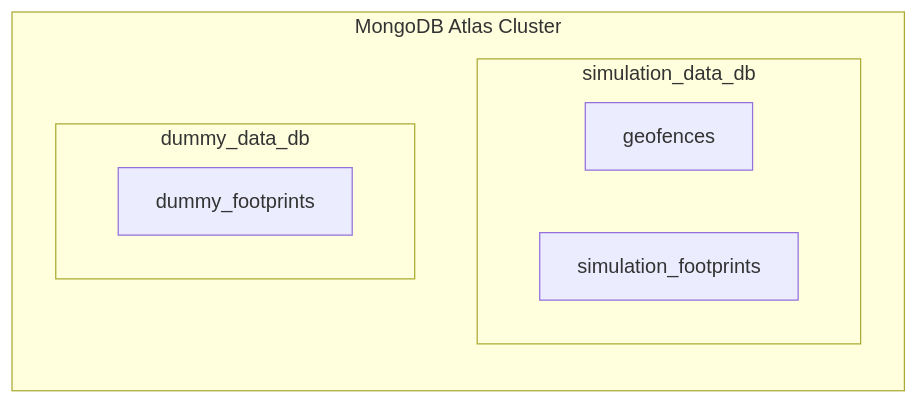
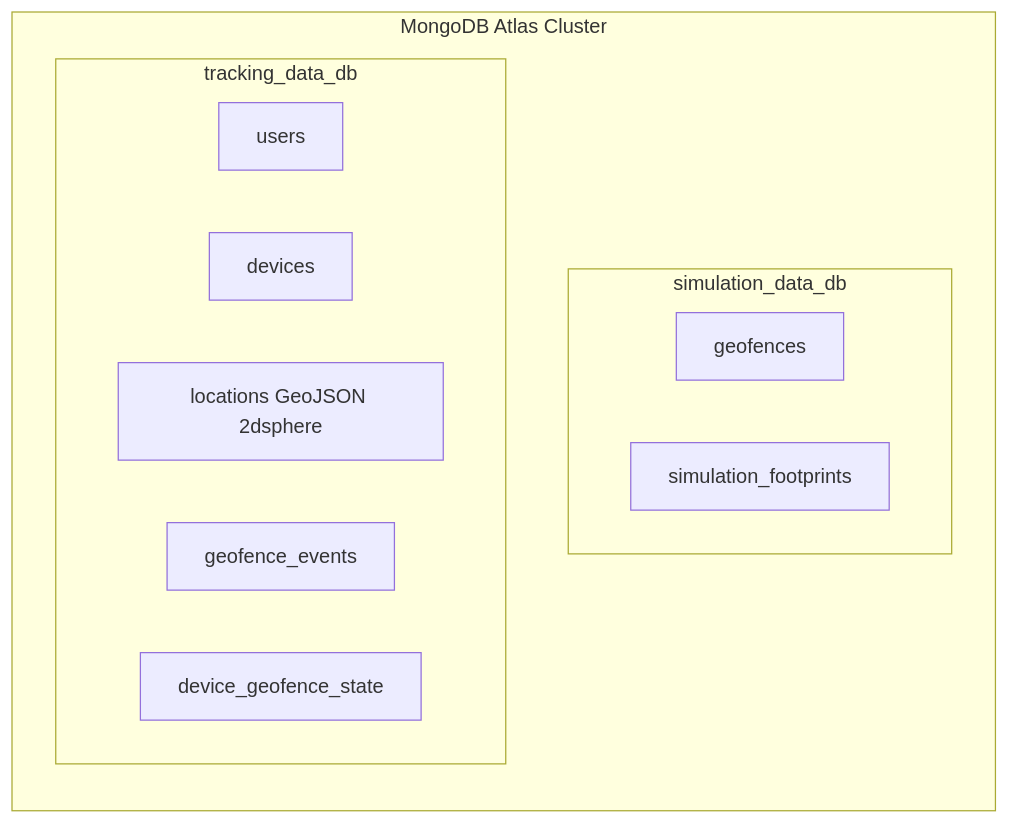
Before and after one commit to Nitinbisht21/copy: the second of 2 diagrams in USER_MANUAL.md, drawn with Mermaid. The commit also changed other lines of this file and 17 other files, not shown here.

Commit message:
feat: real GPS tracking, 2-min footprint cadence, and 100m geofence cutoff

````diff
--- a/USER_MANUAL.md
+++ b/USER_MANUAL.md
@@ -286,12 +261,16 @@
 ```mermaid
 graph LR
     subgraph MongoDB Atlas Cluster
         subgraph simulation_data_db
             C1[geofences]
             C2[simulation_footprints]
         end
-        subgraph dummy_data_db
-            C3[dummy_footprints]
+        subgraph tracking_data_db
+            C3[users]
+            C4[devices]
+            C5[locations GeoJSON 2dsphere]
+            C6[geofence_events]
+            C7[device_geofence_state]
         end
     end
 ```
````
